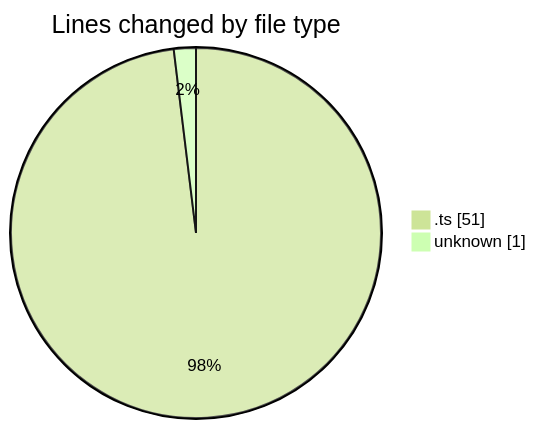
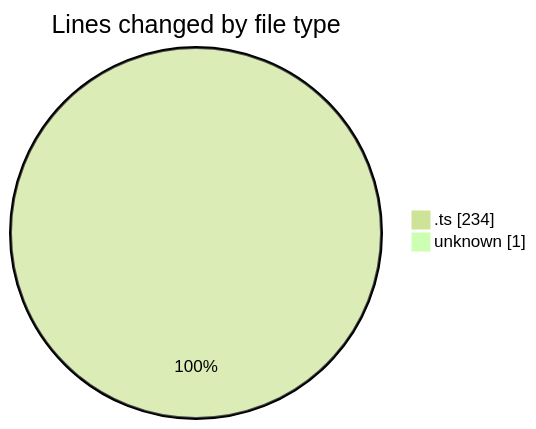
Before and after one commit to robertbonfada/code-tracking: the first of 2 diagrams in 2025-02-17/mbc-web/README.md, drawn with Mermaid (forest theme). The commit also changed other lines of this file and 1 other file, not shown here.

````diff
--- a/2025-02-17/mbc-web/README.md
+++ b/2025-02-17/mbc-web/README.md
@@ -23,6 +23,6 @@
 ```mermaid
 pie showData
 title Lines changed by file type
-".ts" : 51
+".ts" : 234
 "unknown" : 1
 ```
````
